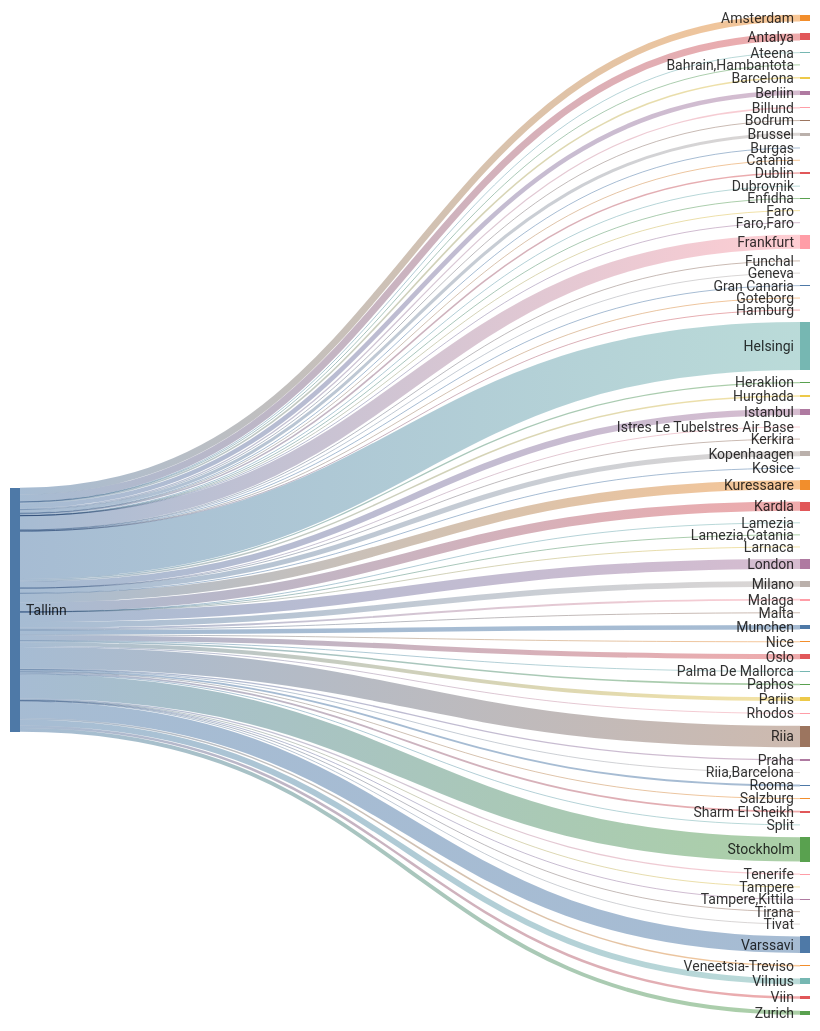
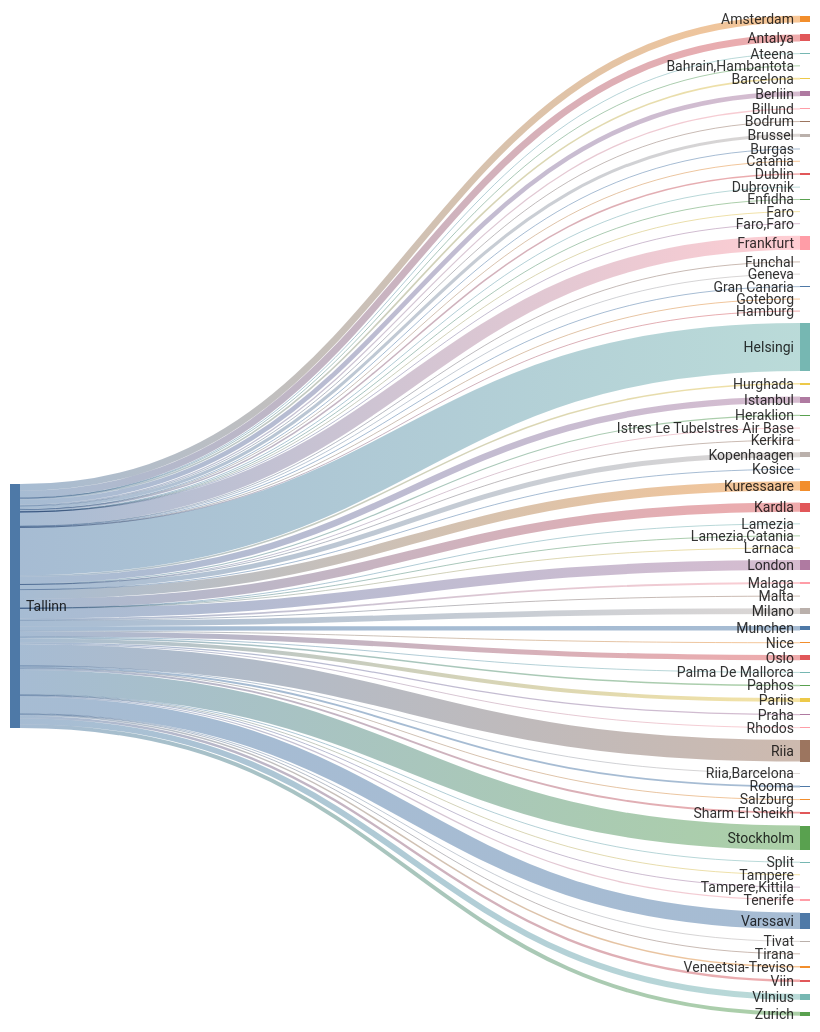
The second of 2 diagrams in README.md (rainermesi/tll-airport-departures), drawn with Mermaid before and after one commit. The commit also changed other lines of this file, not shown here.

````diff
--- a/README.md
+++ b/README.md
@@ -34,77 +34,77 @@
 ```mermaid
 ---
 config:
   sankey:
     showValues: false
     width: 800
     height: 1000
 ---
 sankey-beta
 %% source,target,value
-Tallinn,Amsterdam,262
+Tallinn,Amsterdam,263
 Tallinn,Antalya,272
 Tallinn,Ateena,16
 Tallinn,"Bahrain,Hambantota",1
-Tallinn,Barcelona,63
-Tallinn,Berliin,180
+Tallinn,Barcelona,64
+Tallinn,Berliin,182
 Tallinn,Billund,49
 Tallinn,Bodrum,11
-Tallinn,Brussel,118
+Tallinn,Brussel,119
 Tallinn,Burgas,21
 Tallinn,Catania,2
 Tallinn,Dublin,61
 Tallinn,Dubrovnik,21
 Tallinn,Enfidha,7
 Tallinn,Faro,4
 Tallinn,"Faro,Faro",1
-Tallinn,Frankfurt,551
+Tallinn,Frankfurt,554
 Tallinn,Funchal,5
 Tallinn,Geneva,10
-Tallinn,Gran Canaria,31
+Tallinn,Gran Canaria,32
 Tallinn,Goteborg,1
 Tallinn,Hamburg,1
-Tallinn,Helsingi,1865
+Tallinn,Helsingi,1874
 Tallinn,Heraklion,46
-Tallinn,Hurghada,58
-Tallinn,Istanbul,247
+Tallinn,Hurghada,60
+Tallinn,Istanbul,249
 Tallinn,Istres Le TubeIstres Air Base,2
 Tallinn,Kerkira,4
-Tallinn,Kopenhaagen,197
+Tallinn,Kopenhaagen,198
 Tallinn,Kosice,1
-Tallinn,Kuressaare,362
-Tallinn,Kardla,362
+Tallinn,Kuressaare,363
+Tallinn,Kardla,363
 Tallinn,Lamezia,1
 Tallinn,"Lamezia,Catania",3
 Tallinn,Larnaca,4
-Tallinn,London,390
+Tallinn,London,392
 Tallinn,Malaga,73
 Tallinn,Malta,15
-Tallinn,Milano,222
+Tallinn,Milano,223
 Tallinn,Munchen,174
 Tallinn,Nice,25
-Tallinn,Oslo,198
+Tallinn,Oslo,200
 Tallinn,Palma De Mallorca,19
 Tallinn,Paphos,59
-Tallinn,Pariis,149
+Tallinn,Pariis,150
 Tallinn,Praha,49
 Tallinn,Rhodos,32
-Tallinn,Riia,836
+Tallinn,Riia,840
 Tallinn,"Riia,Barcelona",1
-Tallinn,Rooma,73
+Tallinn,Rooma,74
 Tallinn,Salzburg,11
-Tallinn,Sharm El Sheikh,72
+Tallinn,Sharm El Sheikh,73
 Tallinn,Split,25
-Tallinn,Stockholm,946
+Tallinn,Stockholm,951
 Tallinn,Tampere,17
 Tallinn,"Tampere,Kittila",15
 Tallinn,Tenerife,48
 Tallinn,Tirana,8
 Tallinn,Tivat,26
-Tallinn,Varssavi,643
-Tallinn,Veneetsia-Treviso,60
+Tallinn,Varssavi,646
+Tallinn,Veneetsia-Treviso,61
 Tallinn,Viin,96
-Tallinn,Vilnius,228
-Tallinn,Zurich,153
+Tallinn,Vilnius,229
+Tallinn,Zurich,154
 
 
 ```
````
